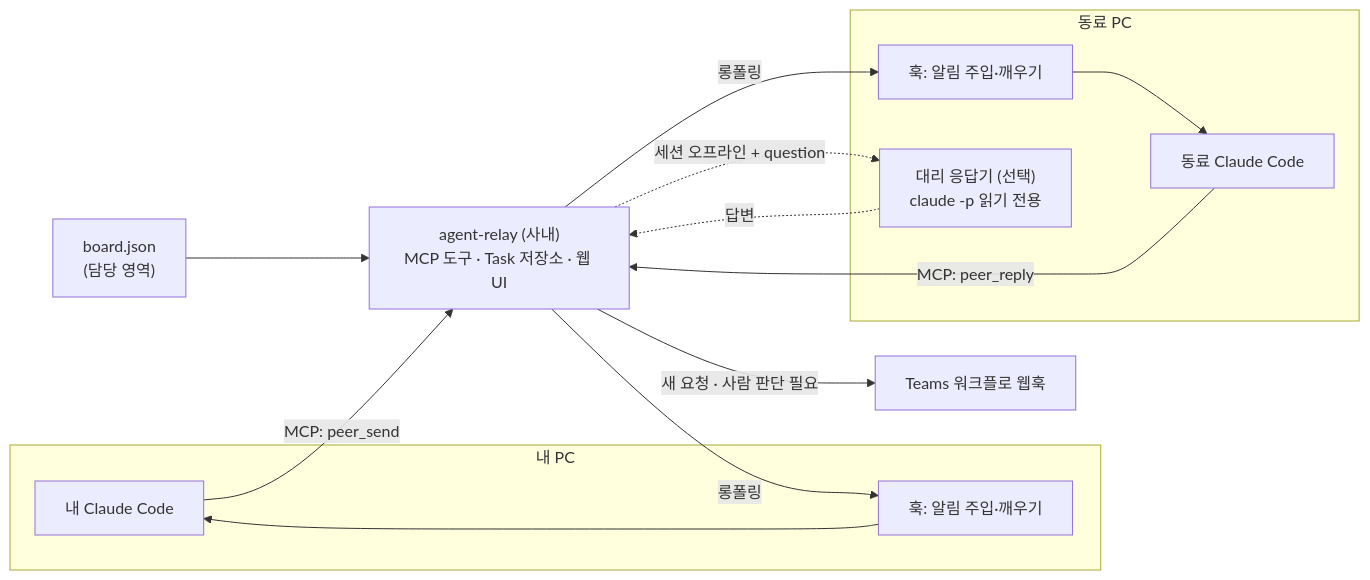
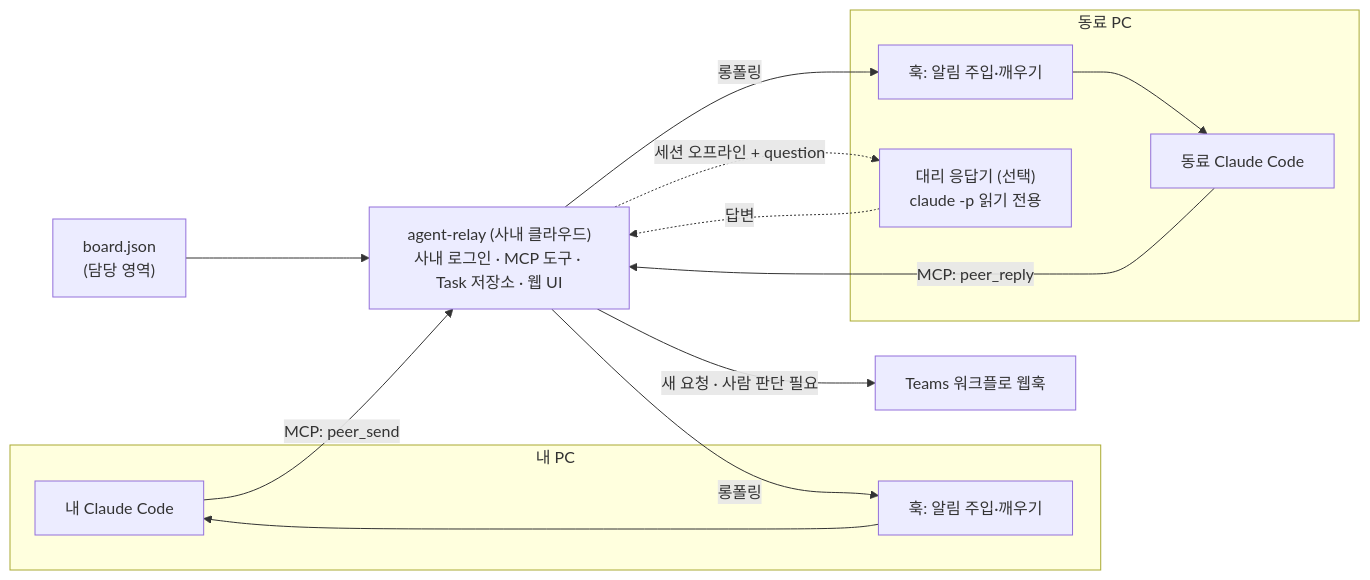
One commit to jungrok5/ai-code-collaboration-best-practices changed the second of 3 diagrams in docs/designs/0002-peer-agent-messaging.md. Above: the diagram before and after it, drawn with Mermaid. The commit also changed other lines of this file, not shown here.

````diff
--- a/docs/designs/0002-peer-agent-messaging.md
+++ b/docs/designs/0002-peer-agent-messaging.md
@@ -39,22 +39,22 @@
 ```mermaid
 flowchart LR
   subgraph Me["내 PC"]
     AA[내 Claude Code]
     AH["훅: 알림 주입·깨우기"]
   end
   subgraph Peer["동료 PC"]
     BA[동료 Claude Code]
     BH["훅: 알림 주입·깨우기"]
     PX["대리 응답기 (선택)<br/>claude -p 읽기 전용"]
   end
-  R["agent-relay (사내)<br/>MCP 도구 · Task 저장소 · 웹 UI"]
+  R["agent-relay (사내 클라우드)<br/>사내 로그인 · MCP 도구 · Task 저장소 · 웹 UI"]
   BJ["board.json<br/>(담당 영역)"]
   T["Teams 워크플로 웹훅"]
   AA -- "MCP: peer_send" --> R
   R -- 롱폴링 --> AH --> AA
   R -- 롱폴링 --> BH --> BA
   BA -- "MCP: peer_reply" --> R
   R -. "세션 오프라인 + question" .-> PX -. 답변 .-> R
   BJ --> R
   R -- "새 요청 · 사람 판단 필요" --> T
 ```
````
